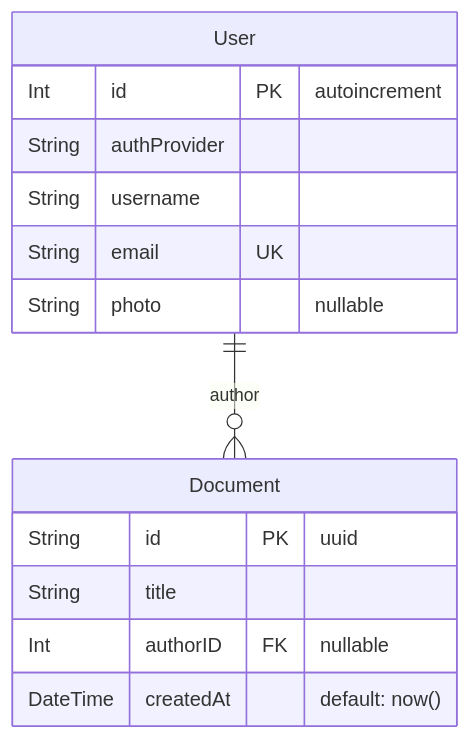
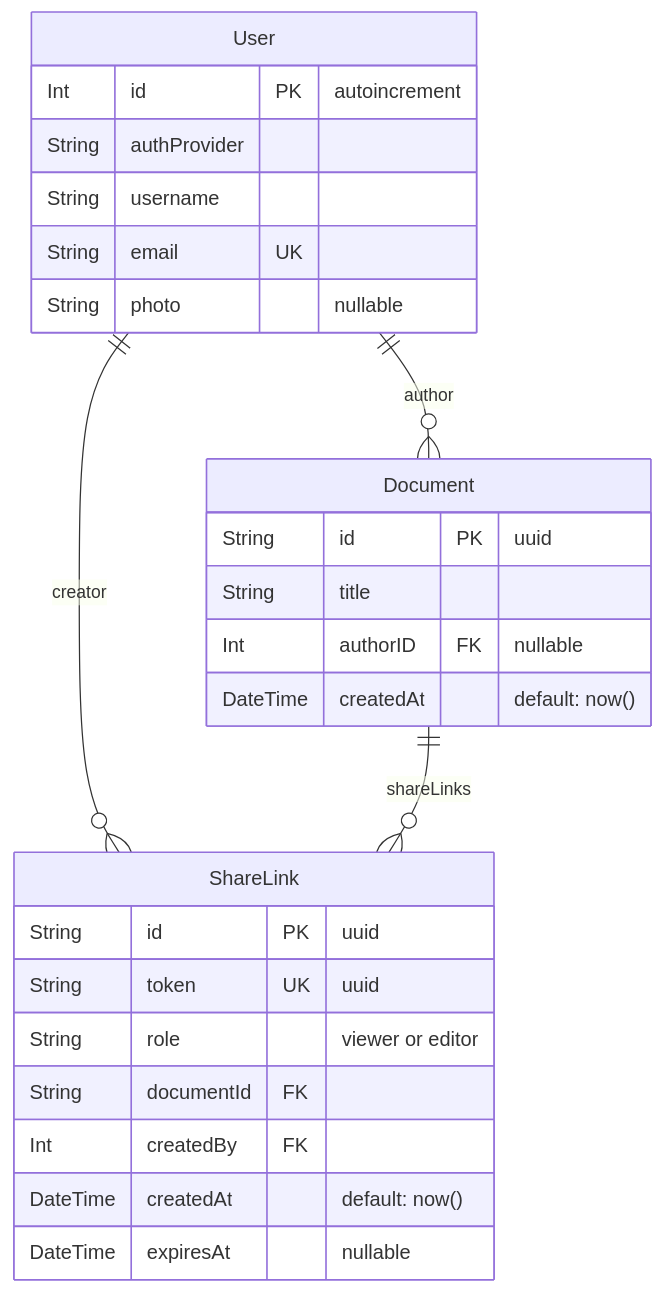
One commit to wafflebase/wafflebase changed the second of 2 diagrams in design/backend.md. Above: the diagram before and after it, drawn with Mermaid. The commit also changed other lines of this file and 17 other files, not shown here.

````diff
--- a/design/backend.md
+++ b/design/backend.md
@@ -158,17 +186,28 @@
 ```mermaid
 erDiagram
     User {
         Int id PK "autoincrement"
         String authProvider
         String username
         String email UK
         String photo "nullable"
     }
     Document {
         String id PK "uuid"
         String title
         Int authorID FK "nullable"
         DateTime createdAt "default: now()"
     }
+    ShareLink {
+        String id PK "uuid"
+        String token UK "uuid"
+        String role "viewer or editor"
+        String documentId FK
+        Int createdBy FK
+        DateTime createdAt "default: now()"
+        DateTime expiresAt "nullable"
+    }
     User ||--o{ Document : "author"
+    User ||--o{ ShareLink : "creator"
+    Document ||--o{ ShareLink : "shareLinks"
 ```
````
